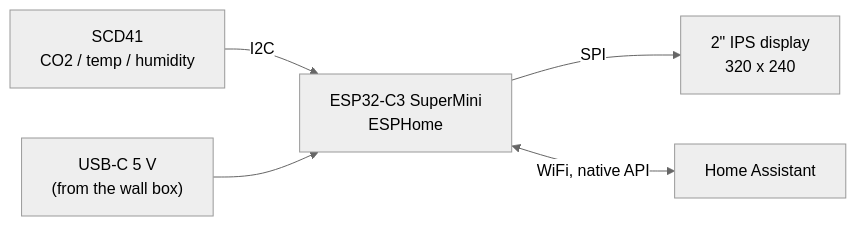
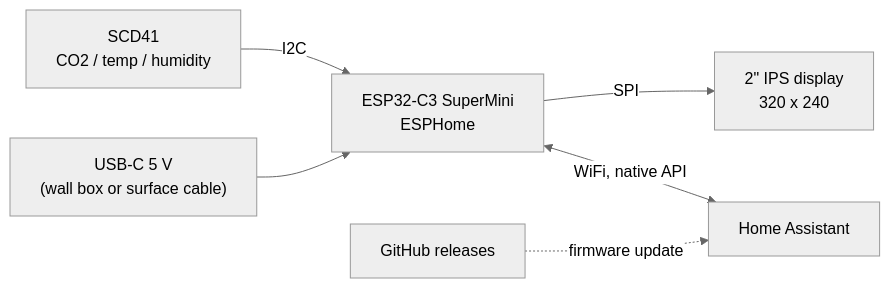
The diagram in README.md (tobi136B/co2-wall-sensor), drawn with Mermaid (neutral theme) before and after one commit. The commit also changed other lines of this file and 69 other files, not shown here.

````diff
--- a/README.md
+++ b/README.md
@@ -42,7 +43,8 @@
 ```mermaid
 flowchart LR
     SCD41["SCD41<br>CO2 / temp / humidity"] -- I2C --> ESP["ESP32-C3 SuperMini<br>ESPHome"]
     ESP -- SPI --> LCD["2&quot; IPS display<br>320 x 240"]
     ESP <-- "WiFi, native API" --> HA["Home Assistant"]
-    USB["USB-C 5 V<br>(from the wall box)"] --> ESP
+    USB["USB-C 5 V<br>(wall box or surface cable)"] --> ESP
+    GH["GitHub releases"] -. "firmware update" .-> HA
 ```
````
